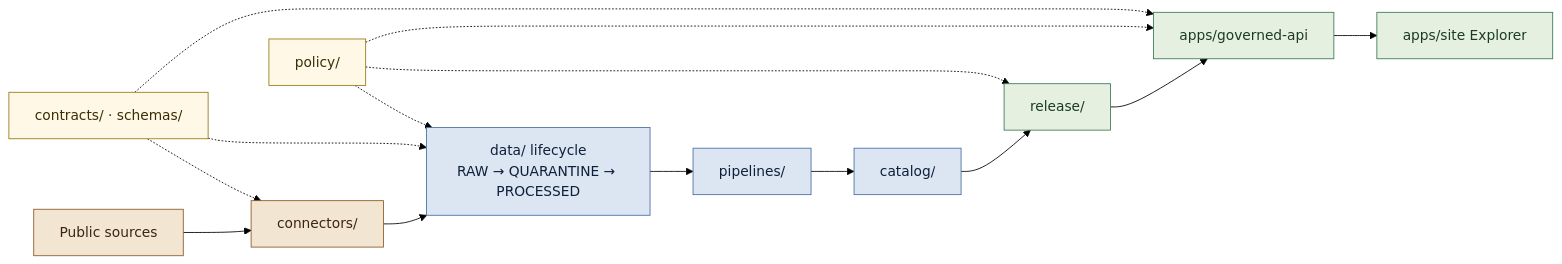
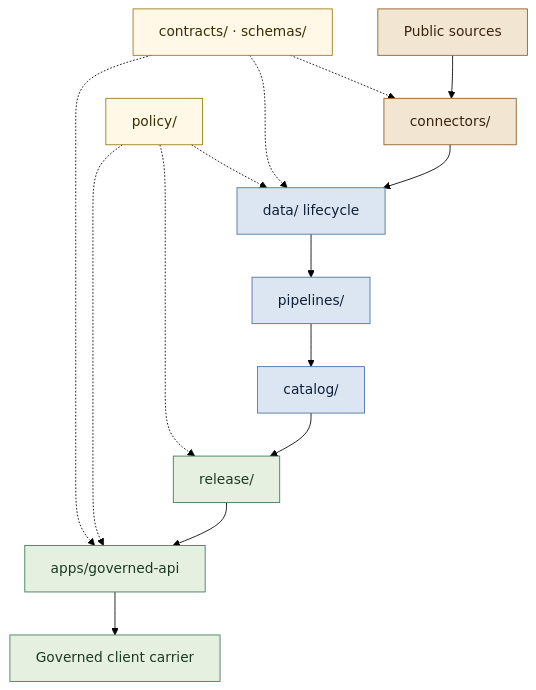
Before and after one commit to bartytime4life/Kansas-Frontier-Matrix: the diagram in README.md, drawn with Mermaid (forest theme). The commit also changed other lines of this file and 4 other files, not shown here.

````diff
--- a/README.md
+++ b/README.md
@@ -573,13 +617,13 @@
 ```mermaid
-flowchart LR
+flowchart TD
     classDef src fill:#F2E6D2,stroke:#8E5A2A,color:#3A2410
     classDef gov fill:#FFF8E6,stroke:#9A7A12,color:#3A2E05
     classDef life fill:#DCE6F2,stroke:#4A6FA5,color:#0E1F3A
     classDef pub fill:#E5F0E0,stroke:#3B7A57,color:#1B3A24
     SRC["Public sources"]:::src --> CON["connectors/"]:::src
-    CON --> DATA["data/ lifecycle<br/>RAW → QUARANTINE → PROCESSED"]:::life
+    CON --> DATA["data/ lifecycle"]:::life
     DATA --> PIPE["pipelines/"]:::life --> CAT["catalog/"]:::life
-    CAT --> REL["release/"]:::pub --> API["apps/governed-api"]:::pub --> APP["apps/site Explorer"]:::pub
+    CAT --> REL["release/"]:::pub --> API["apps/governed-api"]:::pub --> APP["Governed client carrier"]:::pub
     CTR["contracts/ · schemas/"]:::gov -.-> CON & DATA & API
     POL["policy/"]:::gov -.-> DATA & REL & API
 ```
````
